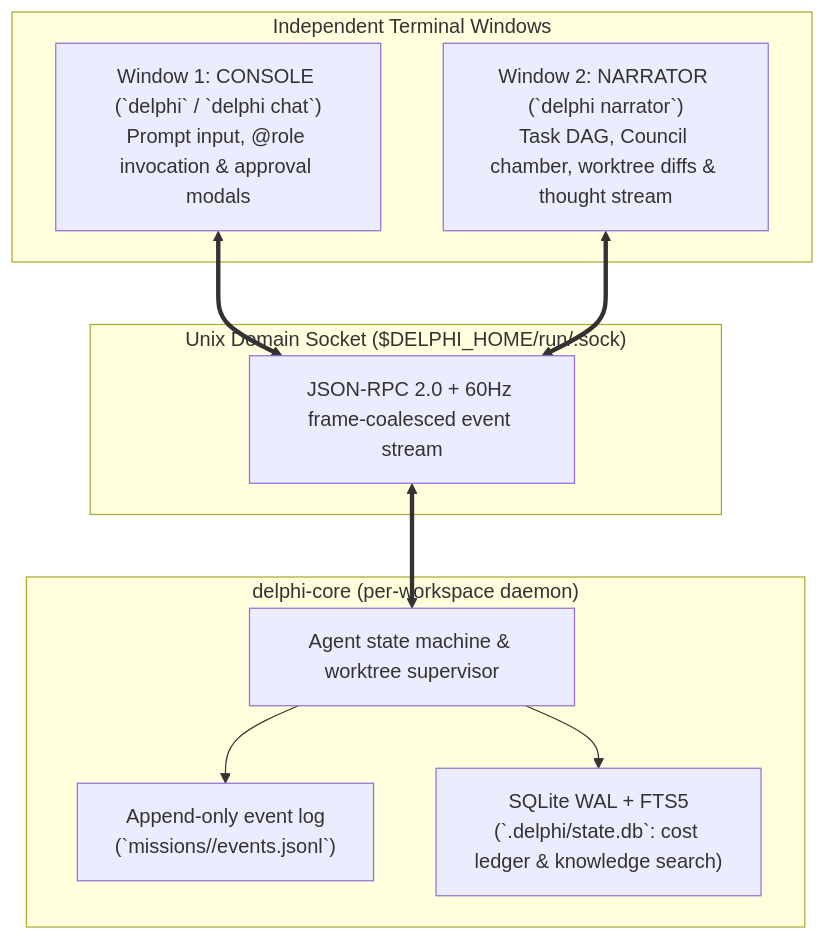
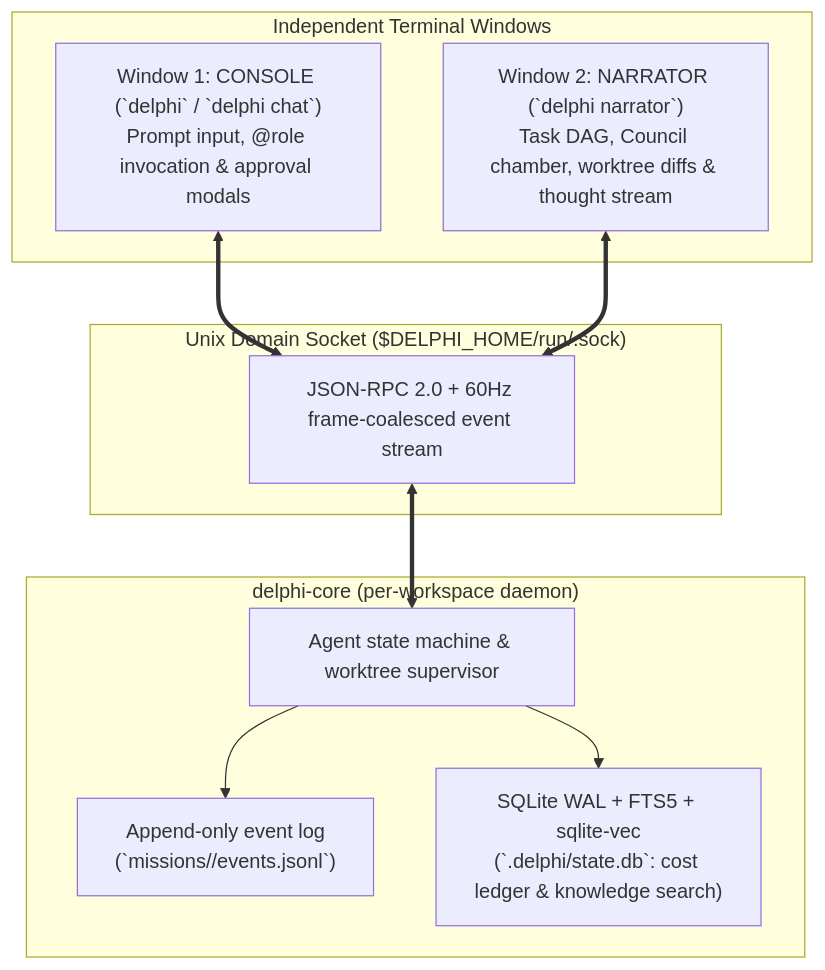
One commit to jessevondoom/delphi changed the second of 2 diagrams in SPEC.md. Above: the diagram before and after it, drawn with Mermaid. The commit also changed other lines of this file and 12 other files, not shown here.

````diff
--- a/SPEC.md
+++ b/SPEC.md
@@ -74,23 +74,23 @@
 ```mermaid
 flowchart TB
     subgraph Terminals ["Independent Terminal Windows"]
         ConsoleWin["Window 1: CONSOLE (`delphi` / `delphi chat`)\nPrompt input, @role invocation & approval modals"]
         NarratorWin["Window 2: NARRATOR (`delphi narrator`)\nTask DAG, Council chamber, worktree diffs & thought stream"]
     end
 
     subgraph UDS ["Unix Domain Socket ($DELPHI_HOME/run/<workspace-hash>.sock)"]
         Bus["JSON-RPC 2.0 + 60Hz frame-coalesced event stream"]
     end
 
     subgraph Core ["delphi-core (per-workspace daemon)"]
         Runtime["Agent state machine & worktree supervisor"]
         JSONL["Append-only event log\n(`missions/<id>/events.jsonl`)"]
-        SQLite["SQLite WAL + FTS5\n(`.delphi/state.db`: cost ledger & knowledge search)"]
+        SQLite["SQLite WAL + FTS5 + sqlite-vec\n(`.delphi/state.db`: cost ledger & knowledge search)"]
     end
 
     ConsoleWin <==> Bus
     NarratorWin <==> Bus
     Bus <==> Runtime
     Runtime --> JSONL
     Runtime --> SQLite
 ```
````
